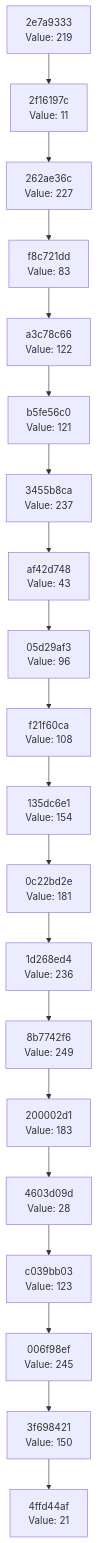
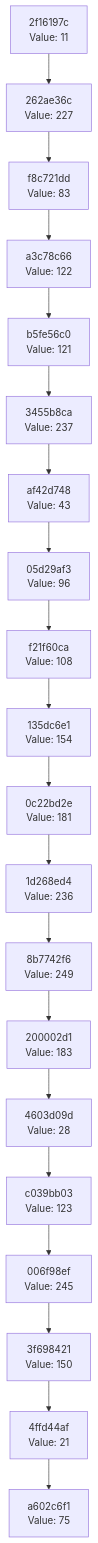
One commit to Abhisheksinha1506/hash-chain-evolver changed the diagram in docs/CHAIN_VISUALIZATION.md. Above: the diagram before and after it, drawn with Mermaid. The commit also changed 2 other files, not shown here.

Commit message:
Evolution Step

````diff
--- a/docs/CHAIN_VISUALIZATION.md
+++ b/docs/CHAIN_VISUALIZATION.md
@@ -3,42 +3,42 @@
 ```mermaid
 graph TD
-    C0["4ffd44af<br/>Value: 21"]
-    C1["3f698421<br/>Value: 150"]
+    C0["a602c6f1<br/>Value: 75"]
+    C1["4ffd44af<br/>Value: 21"]
     C1 --> C0
-    C2["006f98ef<br/>Value: 245"]
+    C2["3f698421<br/>Value: 150"]
     C2 --> C1
-    C3["c039bb03<br/>Value: 123"]
+    C3["006f98ef<br/>Value: 245"]
     C3 --> C2
-    C4["4603d09d<br/>Value: 28"]
+    C4["c039bb03<br/>Value: 123"]
     C4 --> C3
-    C5["200002d1<br/>Value: 183"]
+    C5["4603d09d<br/>Value: 28"]
     C5 --> C4
-    C6["8b7742f6<br/>Value: 249"]
+    C6["200002d1<br/>Value: 183"]
     C6 --> C5
-    C7["1d268ed4<br/>Value: 236"]
+    C7["8b7742f6<br/>Value: 249"]
     C7 --> C6
-    C8["0c22bd2e<br/>Value: 181"]
+    C8["1d268ed4<br/>Value: 236"]
     C8 --> C7
-    C9["135dc6e1<br/>Value: 154"]
+    C9["0c22bd2e<br/>Value: 181"]
     C9 --> C8
-    C10["f21f60ca<br/>Value: 108"]
+    C10["135dc6e1<br/>Value: 154"]
     C10 --> C9
-    C11["05d29af3<br/>Value: 96"]
+    C11["f21f60ca<br/>Value: 108"]
     C11 --> C10
-    C12["af42d748<br/>Value: 43"]
+    C12["05d29af3<br/>Value: 96"]
     C12 --> C11
-    C13["3455b8ca<br/>Value: 237"]
+    C13["af42d748<br/>Value: 43"]
     C13 --> C12
-    C14["b5fe56c0<br/>Value: 121"]
+    C14["3455b8ca<br/>Value: 237"]
     C14 --> C13
-    C15["a3c78c66<br/>Value: 122"]
+    C15["b5fe56c0<br/>Value: 121"]
     C15 --> C14
-    C16["f8c721dd<br/>Value: 83"]
+    C16["a3c78c66<br/>Value: 122"]
     C16 --> C15
-    C17["262ae36c<br/>Value: 227"]
+    C17["f8c721dd<br/>Value: 83"]
     C17 --> C16
-    C18["2f16197c<br/>Value: 11"]
+    C18["262ae36c<br/>Value: 227"]
     C18 --> C17
-    C19["2e7a9333<br/>Value: 219"]
+    C19["2f16197c<br/>Value: 11"]
     C19 --> C18
 ```
````
